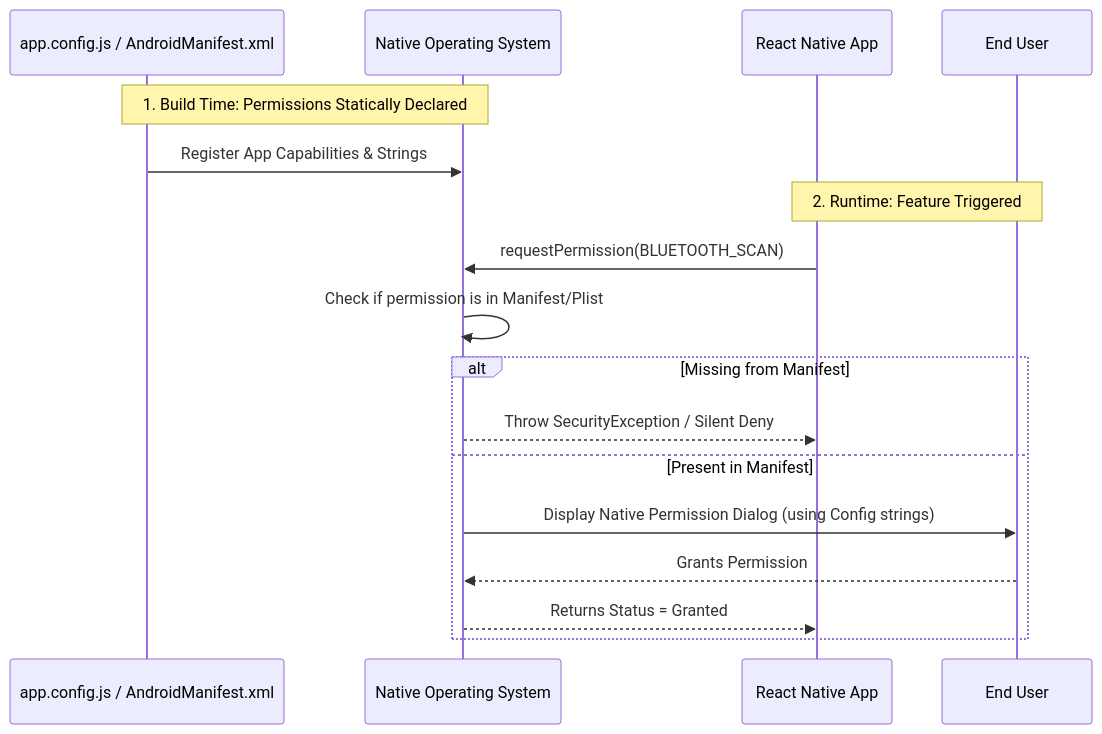
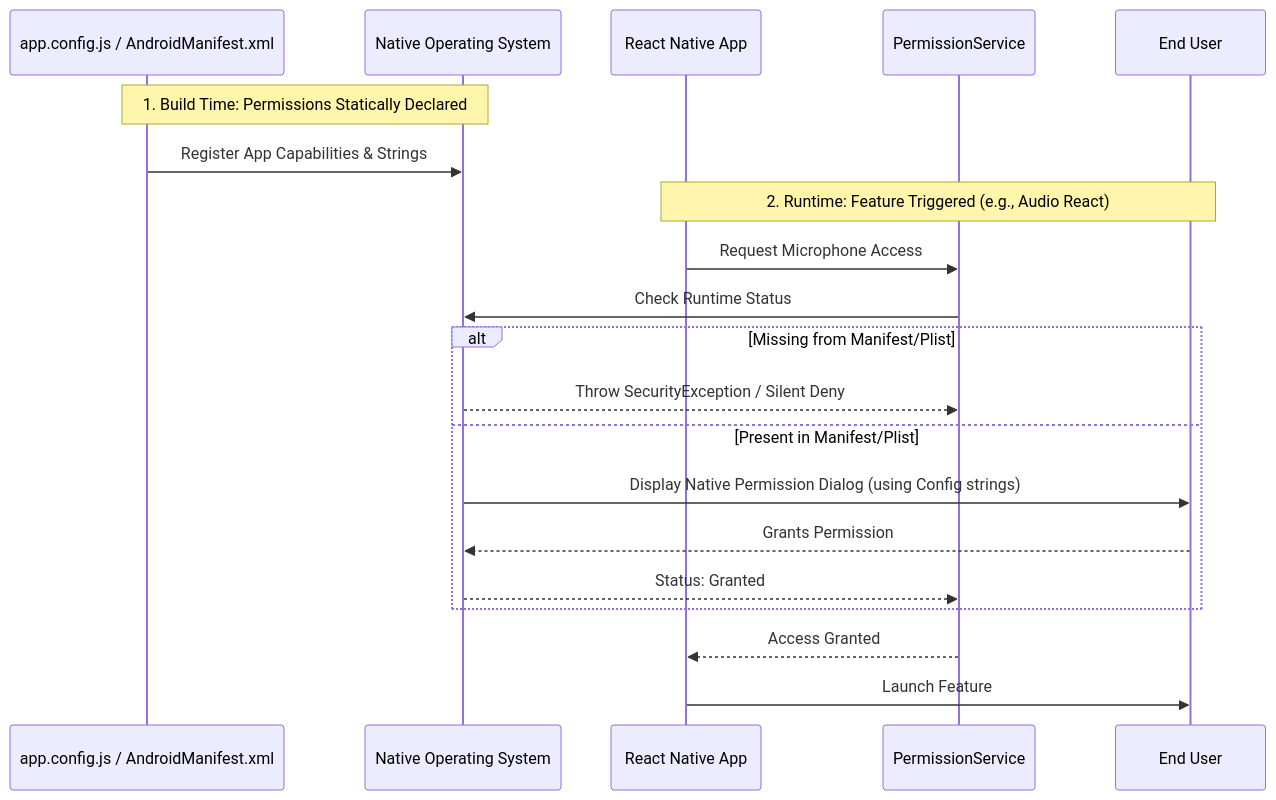
Before and after one commit to Neogleamz/SK8Lytz: diagram 20 of 24 in docs/SK8Lytz_App_Master_Reference.md, drawn with Mermaid. The commit also changed other lines of this file and 7 other files, not shown here.

````diff
--- a/docs/SK8Lytz_App_Master_Reference.md
+++ b/docs/SK8Lytz_App_Master_Reference.md
@@ -2869,23 +3073,25 @@
 ```mermaid
 sequenceDiagram
     participant Config as app.config.js / AndroidManifest.xml
     participant OS as Native Operating System
     participant App as React Native App
+    participant PermissionService
     participant User as End User
 
     Note over Config, OS: 1. Build Time: Permissions Statically Declared
     Config->>OS: Register App Capabilities & Strings
     
-    Note over App, User: 2. Runtime: Feature Triggered
-    App->>OS: requestPermission(BLUETOOTH_SCAN)
+    Note over App, User: 2. Runtime: Feature Triggered (e.g., Audio React)
+    App->>PermissionService: Request Microphone Access
+    PermissionService->>OS: Check Runtime Status
     
-    OS->>OS: Check if permission is in Manifest/Plist
-    
-    alt Missing from Manifest
-        OS-->>App: Throw SecurityException / Silent Deny
-    else Present in Manifest
+    alt Missing from Manifest/Plist
+        OS-->>PermissionService: Throw SecurityException / Silent Deny
+    else Present in Manifest/Plist
         OS->>User: Display Native Permission Dialog (using Config strings)
         User-->>OS: Grants Permission
-        OS-->>App: Returns Status = Granted
+        OS-->>PermissionService: Status: Granted
     end
+    PermissionService-->>App: Access Granted
+    App->>User: Launch Feature
 ```
````
